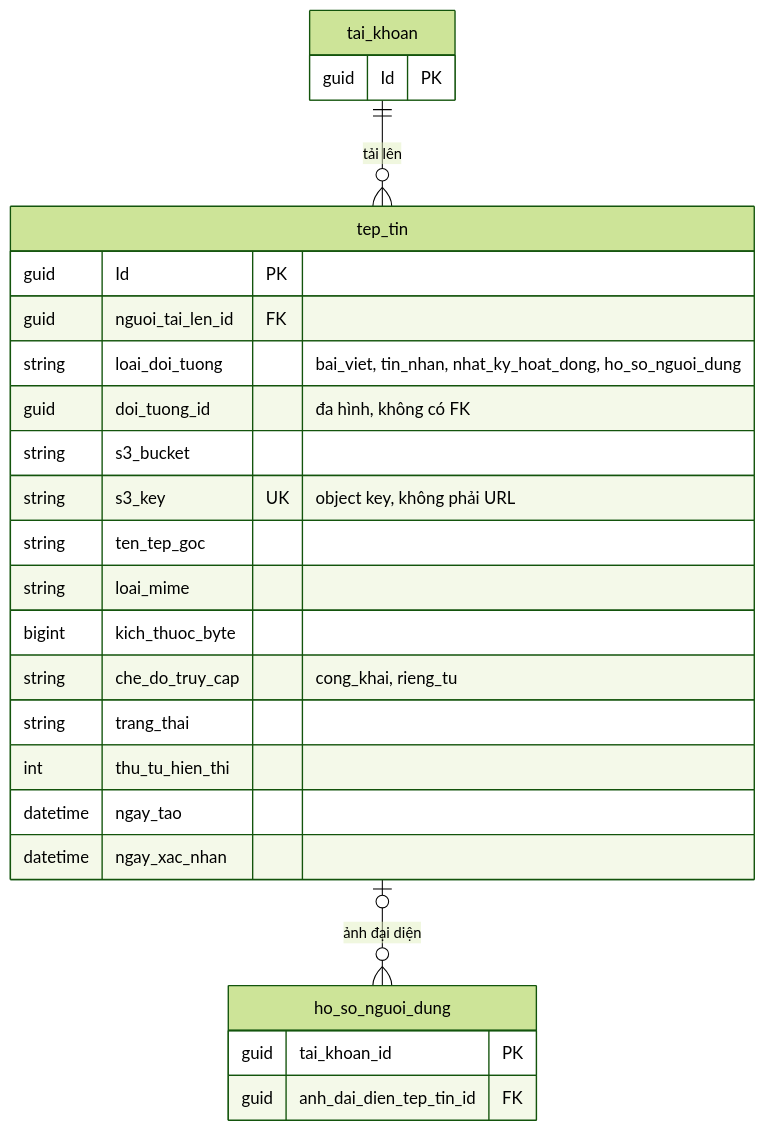
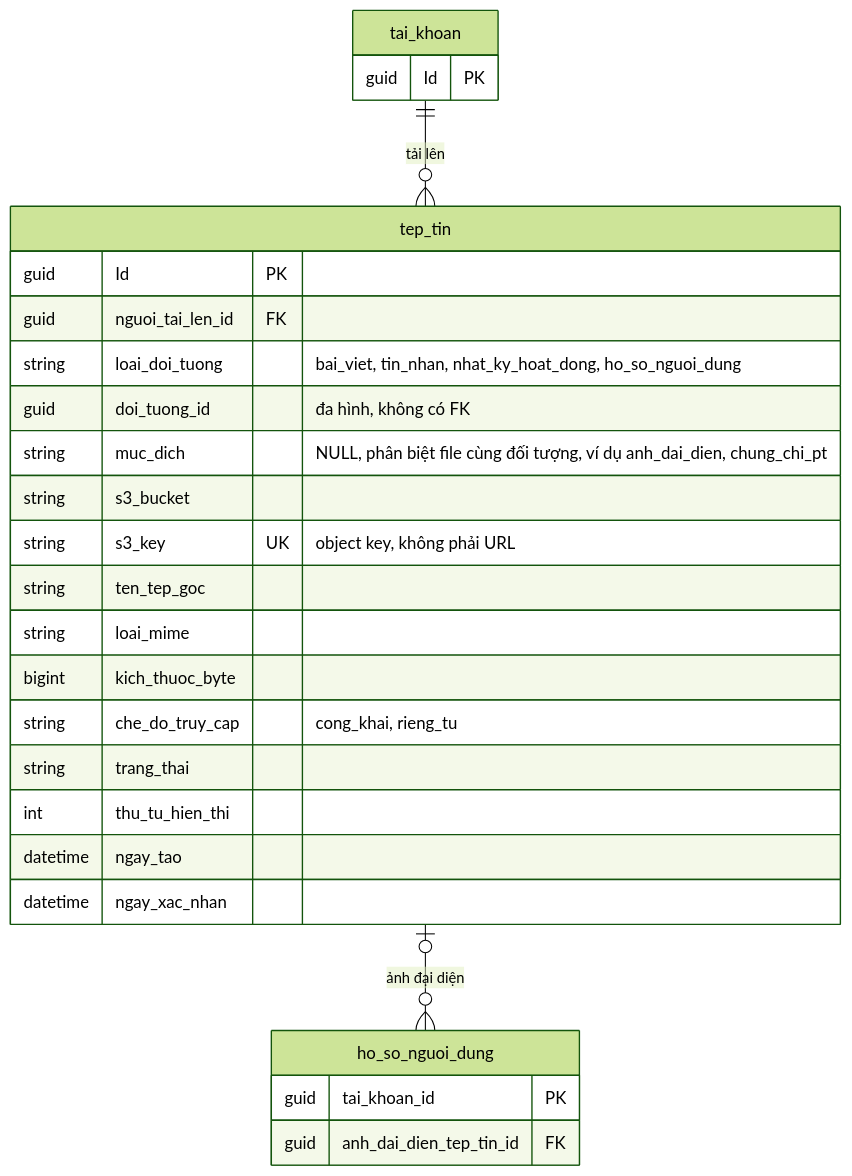
Before and after one commit to ngongochuy2003/GymBase: the first of 3 diagrams in database/diagrams/02-tep-tin.md, drawn with Mermaid (forest theme). The commit also changed other lines of this file and 12 other files, not shown here.

````diff
--- a/database/diagrams/02-tep-tin.md
+++ b/database/diagrams/02-tep-tin.md
@@ -5,29 +5,30 @@
 ```mermaid
 erDiagram
     tai_khoan ||--o{ tep_tin : "tải lên"
     tep_tin |o--o{ ho_so_nguoi_dung : "ảnh đại diện"
 
     tep_tin {
         guid Id PK
         guid nguoi_tai_len_id FK
         string loai_doi_tuong "bai_viet, tin_nhan, nhat_ky_hoat_dong, ho_so_nguoi_dung"
         guid doi_tuong_id "đa hình, không có FK"
+        string muc_dich "NULL, phân biệt file cùng đối tượng, ví dụ anh_dai_dien, chung_chi_pt"
         string s3_bucket
         string s3_key UK "object key, không phải URL"
         string ten_tep_goc
         string loai_mime
         bigint kich_thuoc_byte
         string che_do_truy_cap "cong_khai, rieng_tu"
         string trang_thai
         int thu_tu_hien_thi
         datetime ngay_tao
         datetime ngay_xac_nhan
     }
     tai_khoan {
         guid Id PK
     }
     ho_so_nguoi_dung {
         guid tai_khoan_id PK
         guid anh_dai_dien_tep_tin_id FK
     }
 ```
````
